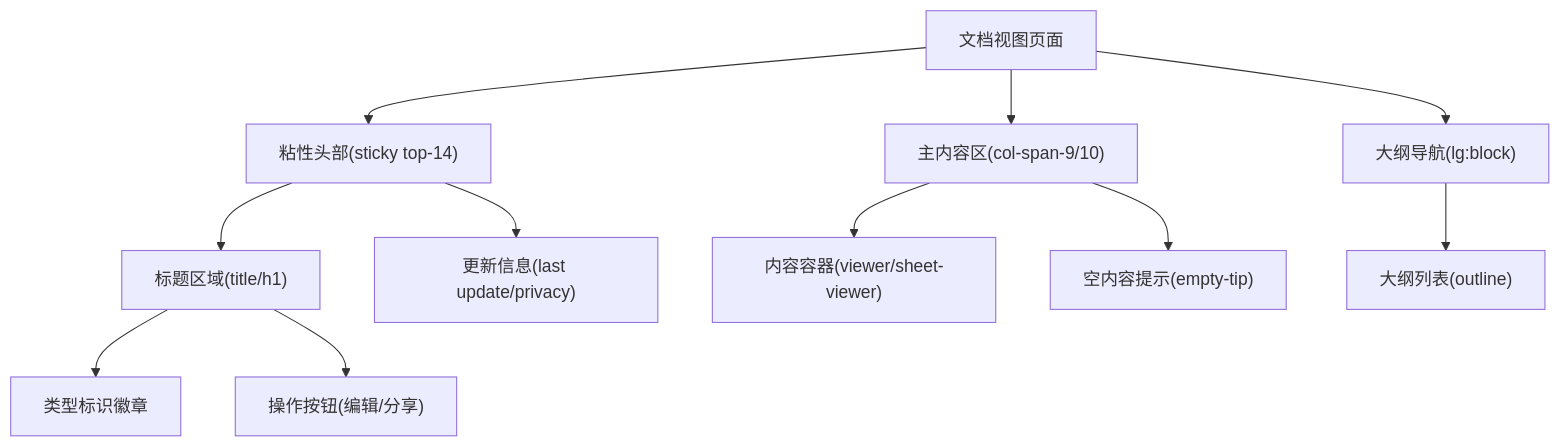
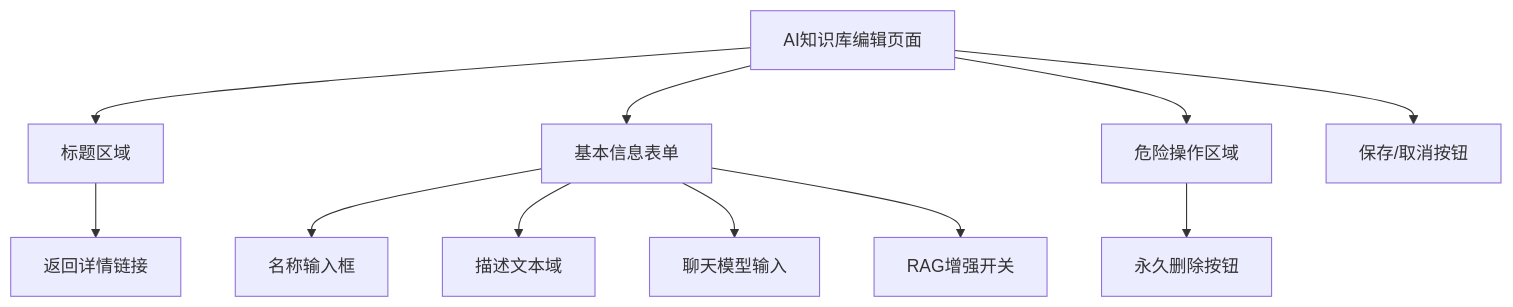
Before and after one commit to beyondalbert/my_wiki: the fourth of 24 diagrams in .qoder/repowiki/zh/content/前端模板系统.md, drawn with Mermaid. The commit also changed other lines of this file and 7 other files, not shown here.

````diff
--- a/.qoder/repowiki/zh/content/前端模板系统.md
+++ b/.qoder/repowiki/zh/content/前端模板系统.md
@@ -254,13 +297,13 @@
 ```mermaid
 flowchart TD
-DV["文档视图页面"] --> SH["粘性头部(sticky top-14)"]
-SH --> TI["标题区域(title/h1)"]
-TI --> TT["类型标识徽章"]
-TI --> OB["操作按钮(编辑/分享)"]
-SH --> UI["更新信息(last update/privacy)"]
-DV --> MR["主内容区(col-span-9/10)"]
-MR --> VC["内容容器(viewer/sheet-viewer)"]
-MR --> ET["空内容提示(empty-tip)"]
-DV --> GN["大纲导航(lg:block)"]
-GN --> OA["大纲列表(outline)"]
+EP["AI知识库编辑页面"] --> HR["标题区域"]
+HR --> TN["返回详情链接"]
+EP --> FT["基本信息表单"]
+FT --> NM["名称输入框"]
+FT --> DS["描述文本域"]
+FT --> CM["聊天模型输入"]
+FT --> RA["RAG增强开关"]
+EP --> DA["危险操作区域"]
+DA --> DD["永久删除按钮"]
+EP --> SB["保存/取消按钮"]
 ```
````
